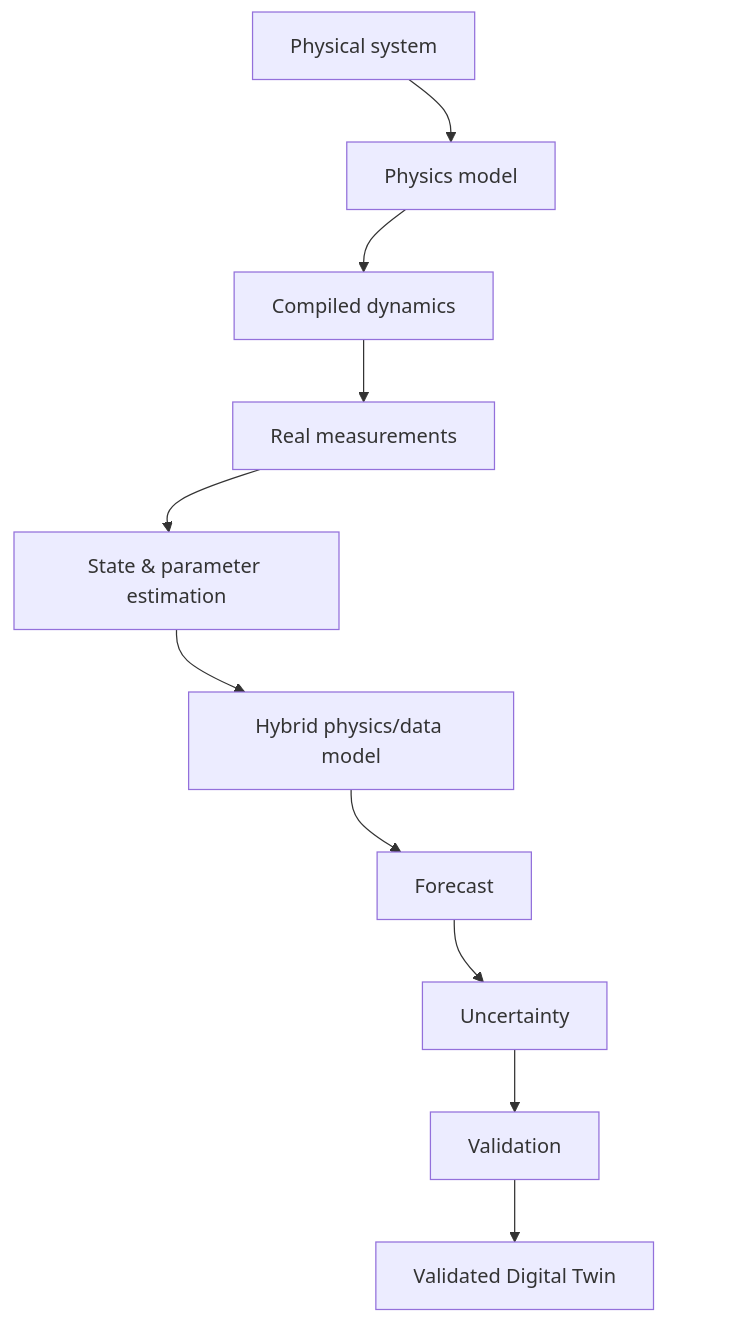
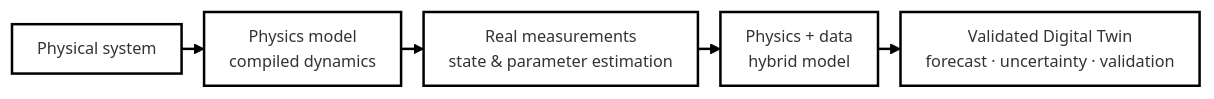
The second of 10 diagrams in README.md (otwin-core/otwin), drawn with Mermaid before and after one commit. The commit also changed other lines of this file, not shown here.

First line of the commit message:
Refactor README with updated diagrams and content

````diff
--- a/README.md
+++ b/README.md
@@ -106,12 +113,21 @@
 ```mermaid
-flowchart TB
-    A["Physical system"] --> B["Physics model"] --> C["Compiled dynamics"] --> D["Real measurements"]
-    E["State & parameter estimation"] --> F["Hybrid physics/data model"] --> G["Forecast"] --> H["Uncertainty"] --> I["Validation"] --> J["Validated Digital Twin"]
-
-    D --> E
-
-    A ~~~ E
-    B ~~~ F
-    C ~~~ G
-    D ~~~ H
+---
+config:
+  theme: neo
+  fontFamily: '''Open Sans Variable'', sans-serif'
+  themeVariables:
+    fontFamily: '''Open Sans Variable'', sans-serif'
+    fontSize: 13px
+  flowchart:
+    nodeSpacing: 22
+    rankSpacing: 18
+    padding: 10
+    curve: linear
+  layout: fixed
+---
+flowchart LR
+    A["Physical system"] --> B["Physics model<br/>compiled dynamics"]
+    B --> C["Real measurements<br/>state & parameter estimation"]
+    C --> D["Physics + data<br/>hybrid model"]
+    D --> E["Validated Digital Twin<br/>forecast · uncertainty · validation"]
 ```
````
